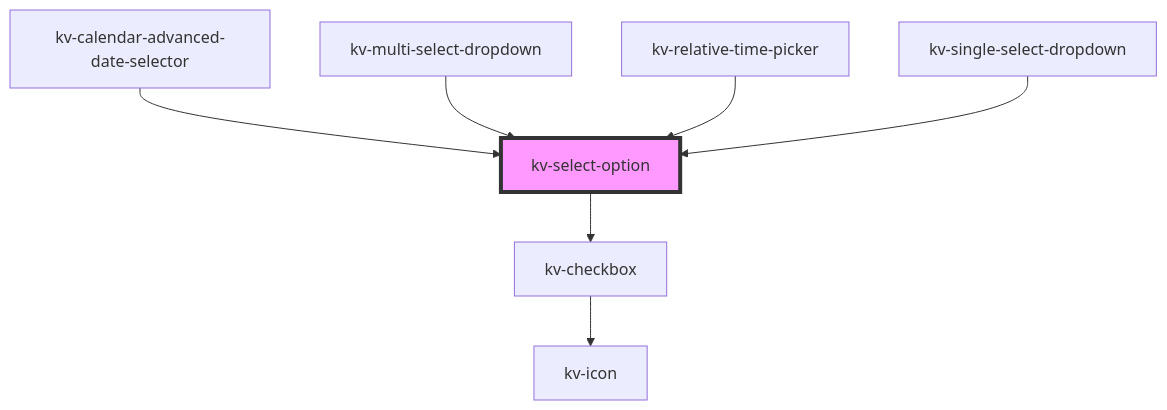
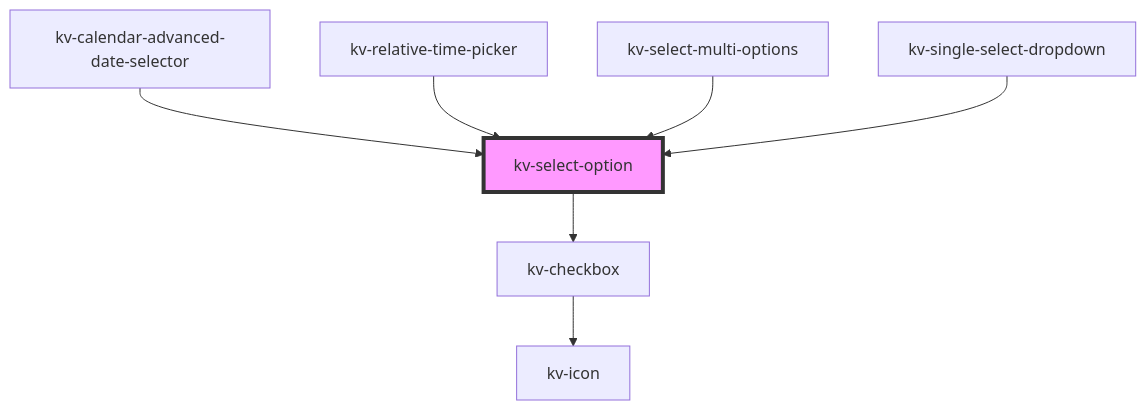
The diagram in packages/ui-components/src/components/select-option/readme.md (kelvininc/ui-components), drawn with Mermaid before and after one commit. The commit also changed other lines of this file and 12 other files, not shown here.

Commit message:
refactor(multi-select-dropdown): isolate options selector to a separate component

````diff
--- a/packages/ui-components/src/components/select-option/readme.md
+++ b/packages/ui-components/src/components/select-option/readme.md
@@ -89,10 +89,10 @@
 ```mermaid
 graph TD;
   kv-select-option --> kv-checkbox
   kv-checkbox --> kv-icon
   kv-calendar-advanced-date-selector --> kv-select-option
-  kv-multi-select-dropdown --> kv-select-option
   kv-relative-time-picker --> kv-select-option
+  kv-select-multi-options --> kv-select-option
   kv-single-select-dropdown --> kv-select-option
   style kv-select-option fill:#f9f,stroke:#333,stroke-width:4px
 ```
````
